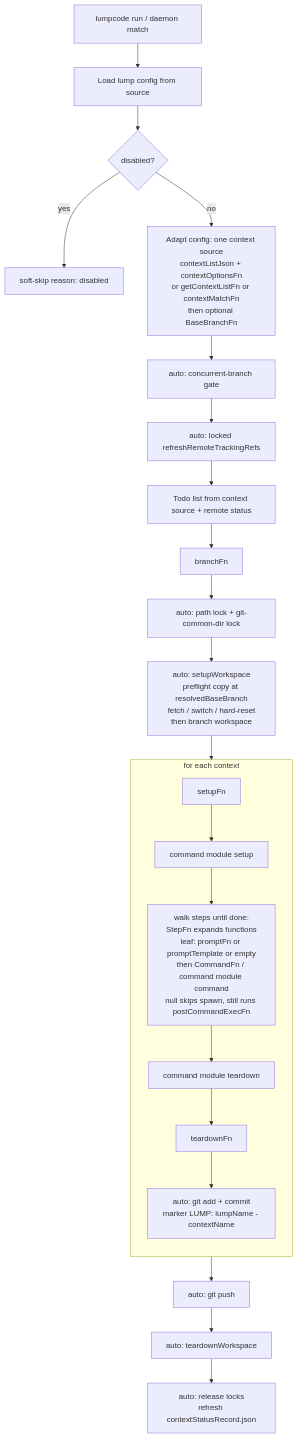
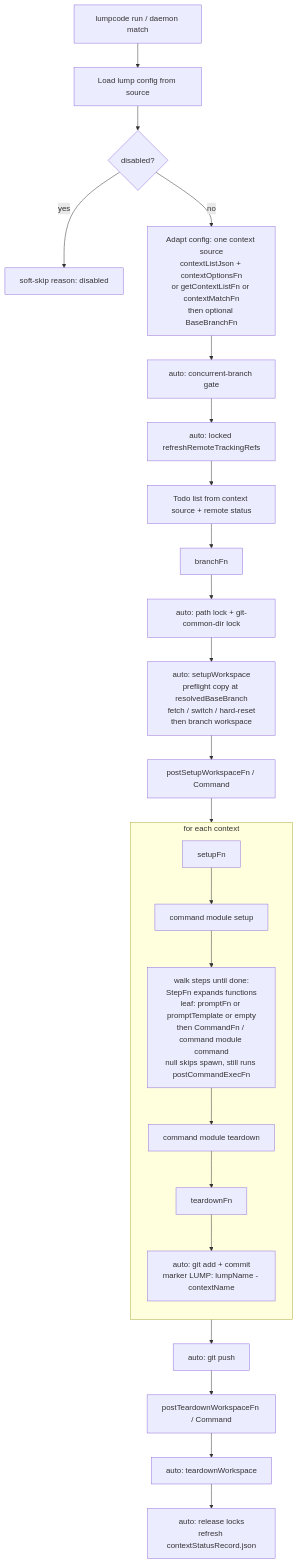
One commit to lumpcode/lumpcode changed the first of 5 diagrams in packages/apps/cli/DOCS/advanced-config.md. Above: the diagram before and after it, drawn with Mermaid. The commit also changed other lines of this file and 103 other files, not shown here.

````diff
--- a/packages/apps/cli/DOCS/advanced-config.md
+++ b/packages/apps/cli/DOCS/advanced-config.md
@@ -37,27 +37,29 @@
 ```mermaid
 flowchart TD
   start["lumpcode run / daemon match"] --> load["Load lump config from source"]
   load --> disabled{"disabled?"}
   disabled -->|yes| skip["soft-skip reason: disabled"]
   disabled -->|no| adapt["Adapt config: one context source<br/>contextListJson + contextOptionsFn<br/>or getContextListFn or contextMatchFn<br/>then optional BaseBranchFn"]
   adapt --> gate["auto: concurrent-branch gate"]
   gate --> refresh["auto: locked refreshRemoteTrackingRefs"]
   refresh --> todo["Todo list from context source + remote status"]
   todo --> branchFn["branchFn"]
   branchFn --> locks["auto: path lock + git-common-dir lock"]
   locks --> setup["auto: setupWorkspace<br/>preflight copy at resolvedBaseBranch<br/>fetch / switch / hard-reset<br/>then branch workspace"]
-  setup --> setupFn
+  setup --> postSetup["postSetupWorkspaceFn / Command"]
+  postSetup --> setupFn
 
   subgraph perContext ["for each context"]
     direction TD
     setupFn["setupFn"] --> cmdSetup["command module setup"]
     cmdSetup --> walk["walk steps until done:<br/>StepFn expands functions<br/>leaf: promptFn or promptTemplate or empty<br/>then CommandFn / command module command<br/>null skips spawn, still runs postCommandExecFn"]
     walk --> cmdTd["command module teardown"]
     cmdTd --> tdFn["teardownFn"]
     tdFn --> git["auto: git add + commit<br/>marker LUMP: lumpName - contextName"]
   end
 
   git --> push["auto: git push"]
-  push --> teardownWs["auto: teardownWorkspace"]
+  push --> postTd["postTeardownWorkspaceFn / Command"]
+  postTd --> teardownWs["auto: teardownWorkspace"]
   teardownWs --> unlock["auto: release locks<br/>refresh contextStatusRecord.json"]
 ```
````
